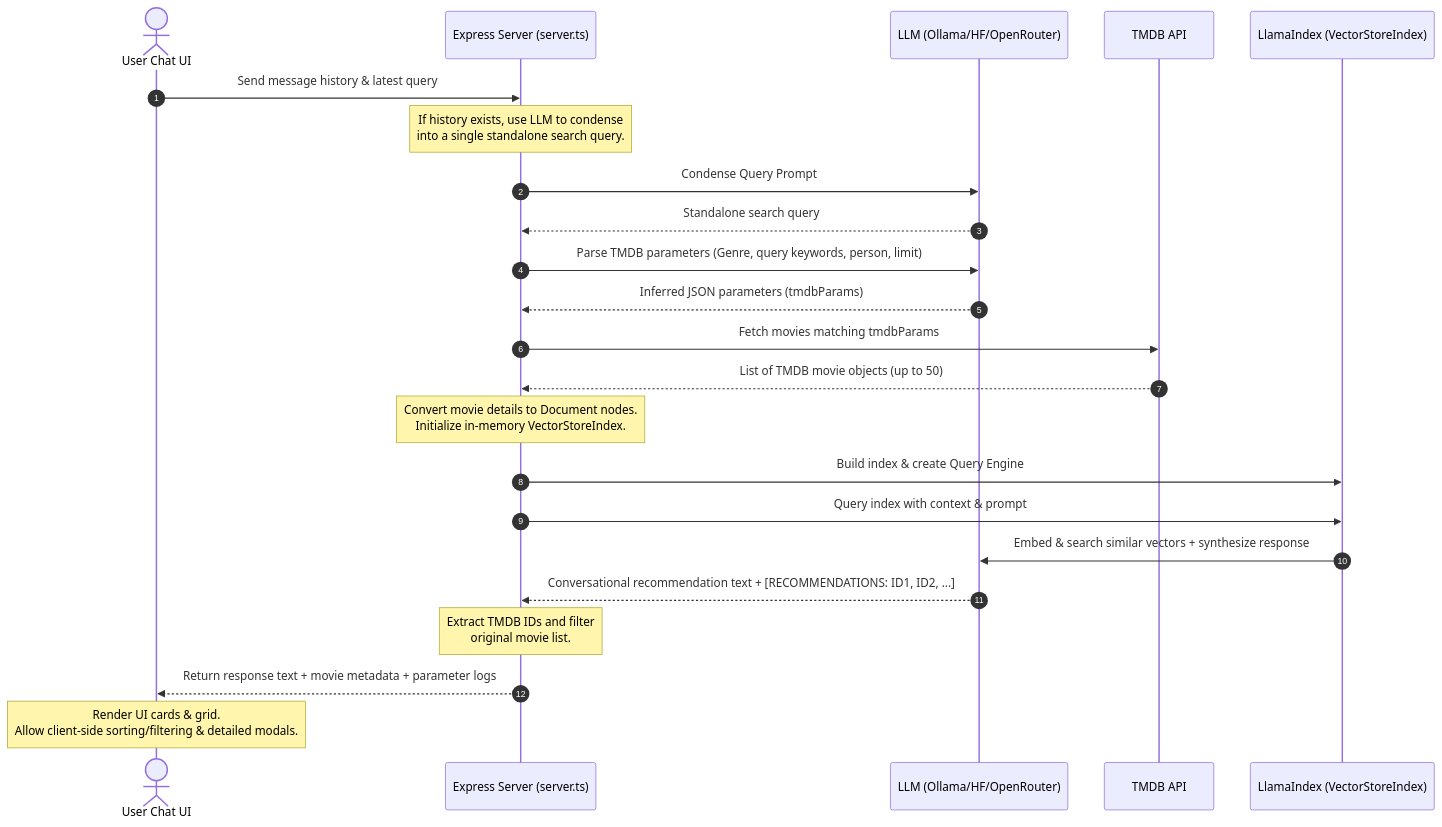
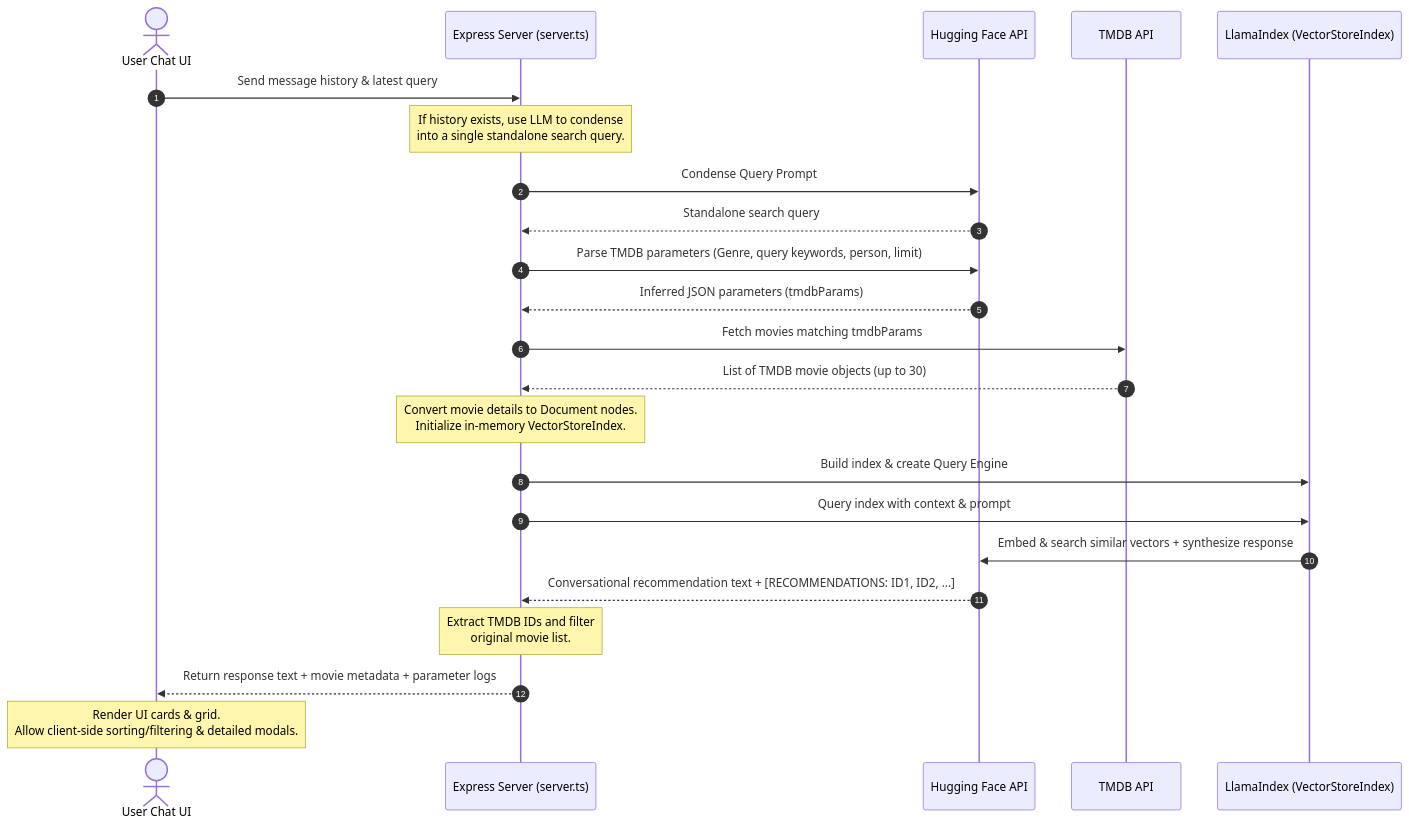
Before and after one commit to zainhaidar16/RAG-powered-conversational-IMDB-movies-recommendation-tool: the diagram in README.md, drawn with Mermaid. The commit also changed other lines of this file and 10 other files, not shown here.

Commit message:
feat: implement RAG-powered movie recommendation chat interface and backend API logic

````diff
--- a/README.md
+++ b/README.md
@@ -30,31 +29,31 @@
 ```mermaid
 sequenceDiagram
     autonumber
     actor User as User Chat UI
     participant Server as Express Server (server.ts)
-    participant LLM as LLM (Ollama/HF/OpenRouter)
+    participant HF as Hugging Face API
     participant TMDB as TMDB API
     participant Index as LlamaIndex (VectorStoreIndex)
 
     User->>Server: Send message history & latest query
     Note over Server: If history exists, use LLM to condense<br/>into a single standalone search query.
-    Server->>LLM: Condense Query Prompt
-    LLM-->>Server: Standalone search query
+    Server->>HF: Condense Query Prompt
+    HF-->>Server: Standalone search query
     
-    Server->>LLM: Parse TMDB parameters (Genre, query keywords, person, limit)
-    LLM-->>Server: Inferred JSON parameters (tmdbParams)
+    Server->>HF: Parse TMDB parameters (Genre, query keywords, person, limit)
+    HF-->>Server: Inferred JSON parameters (tmdbParams)
     
     Server->>TMDB: Fetch movies matching tmdbParams
-    TMDB-->>Server: List of TMDB movie objects (up to 50)
+    TMDB-->>Server: List of TMDB movie objects (up to 30)
     
     Note over Server: Convert movie details to Document nodes.<br/>Initialize in-memory VectorStoreIndex.
     Server->>Index: Build index & create Query Engine
     
     Server->>Index: Query index with context & prompt
-    Index->>LLM: Embed & search similar vectors + synthesize response
-    LLM-->>Server: Conversational recommendation text + [RECOMMENDATIONS: ID1, ID2, ...]
+    Index->>HF: Embed & search similar vectors + synthesize response
+    HF-->>Server: Conversational recommendation text + [RECOMMENDATIONS: ID1, ID2, ...]
     
     Note over Server: Extract TMDB IDs and filter<br/>original movie list.
     Server-->>User: Return response text + movie metadata + parameter logs
     Note over User: Render UI cards & grid.<br/>Allow client-side sorting/filtering & detailed modals.
 ```
````
